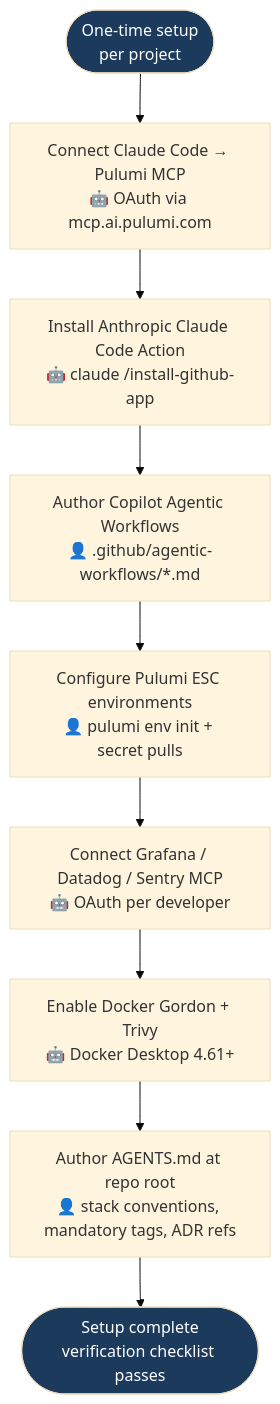
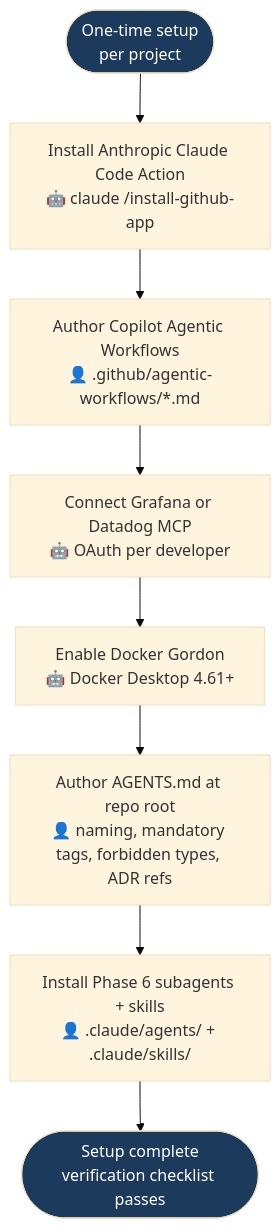
The first of 9 diagrams in aidlc-phases/06-cicd-devops/FLOWCHART.md (kalpat-allion/ai-dlc), drawn with Mermaid (base theme) before and after one commit. The commit also changed other lines of this file and 39 other files, not shown here.

Commit message:
removed some third party tools and planned converting prompts into agents and skills

````diff
--- a/aidlc-phases/06-cicd-devops/FLOWCHART.md
+++ b/aidlc-phases/06-cicd-devops/FLOWCHART.md
@@ -39,16 +37,15 @@
 ```mermaid
 flowchart TD
-    SETUP_START([One-time setup<br/>per project]) --> MCP_PULUMI
+    SETUP_START([One-time setup<br/>per project]) --> ACTION_INSTALL
 
-    MCP_PULUMI[Connect Claude Code → Pulumi MCP<br/>🤖 OAuth via mcp.ai.pulumi.com] --> ACTION_INSTALL
     ACTION_INSTALL[Install Anthropic Claude Code Action<br/>🤖 claude /install-github-app] --> AGENTIC
-    AGENTIC[Author Copilot Agentic Workflows<br/>👤 .github/agentic-workflows/*.md] --> ESC
-    ESC[Configure Pulumi ESC environments<br/>👤 pulumi env init + secret pulls] --> OBS_MCP
-    OBS_MCP[Connect Grafana / Datadog / Sentry MCP<br/>🤖 OAuth per developer] --> DOCKER
-    DOCKER[Enable Docker Gordon + Trivy<br/>🤖 Docker Desktop 4.61+] --> AGENTS_MD
-    AGENTS_MD[Author AGENTS.md at repo root<br/>👤 stack conventions, mandatory tags, ADR refs] --> SETUP_DONE
+    AGENTIC[Author Copilot Agentic Workflows<br/>👤 .github/agentic-workflows/*.md] --> OBS_MCP
+    OBS_MCP[Connect Grafana or Datadog MCP<br/>🤖 OAuth per developer] --> DOCKER
+    DOCKER[Enable Docker Gordon<br/>🤖 Docker Desktop 4.61+] --> AGENTS_MD
+    AGENTS_MD[Author AGENTS.md at repo root<br/>👤 naming, mandatory tags, forbidden types, ADR refs] --> HELPERS
+    HELPERS[Install Phase 6 subagents + skills<br/>👤 .claude/agents/ + .claude/skills/] --> SETUP_DONE
     SETUP_DONE([Setup complete<br/>verification checklist passes])
 
     style SETUP_START fill:#1B3A5C,color:#fff
     style SETUP_DONE fill:#1B3A5C,color:#fff
 ```
````
